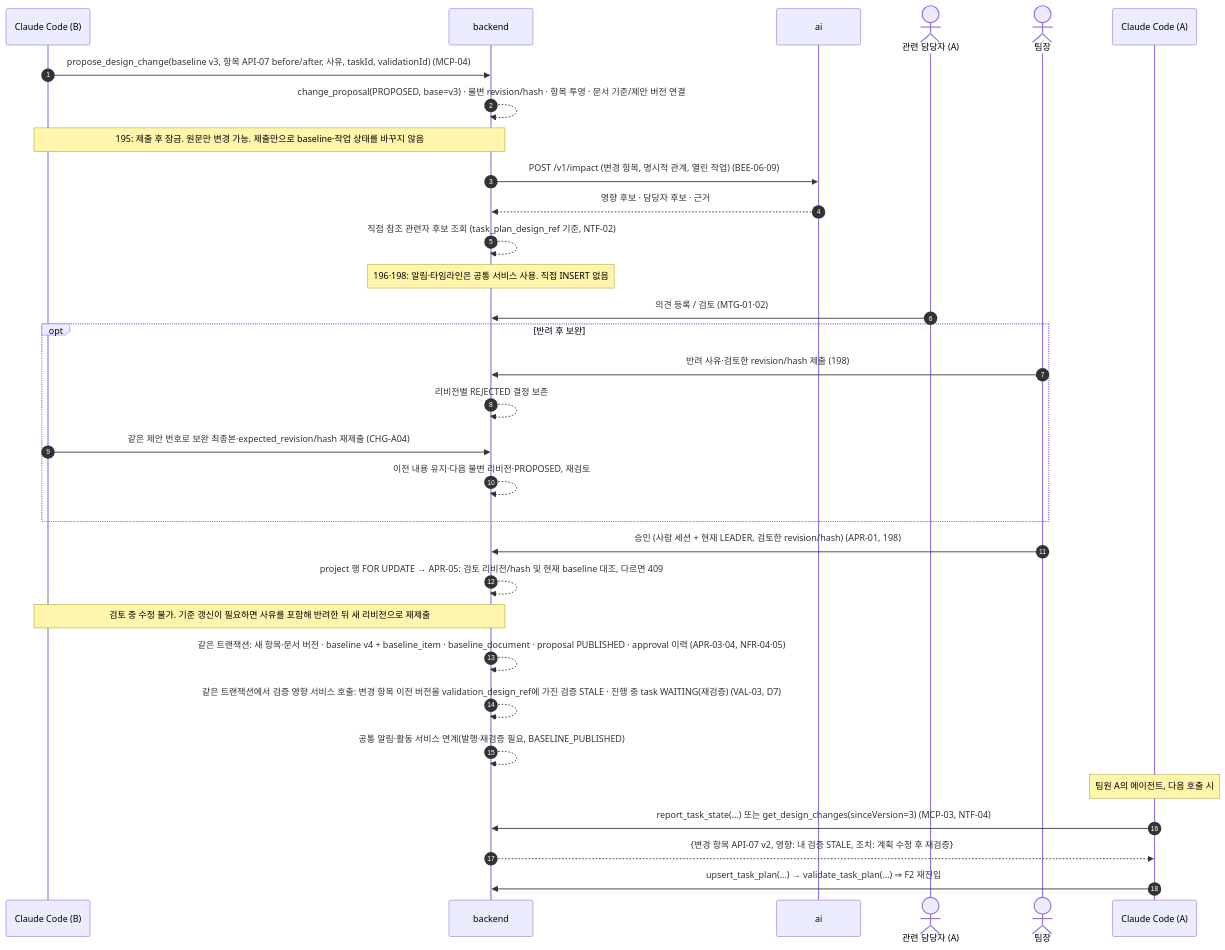
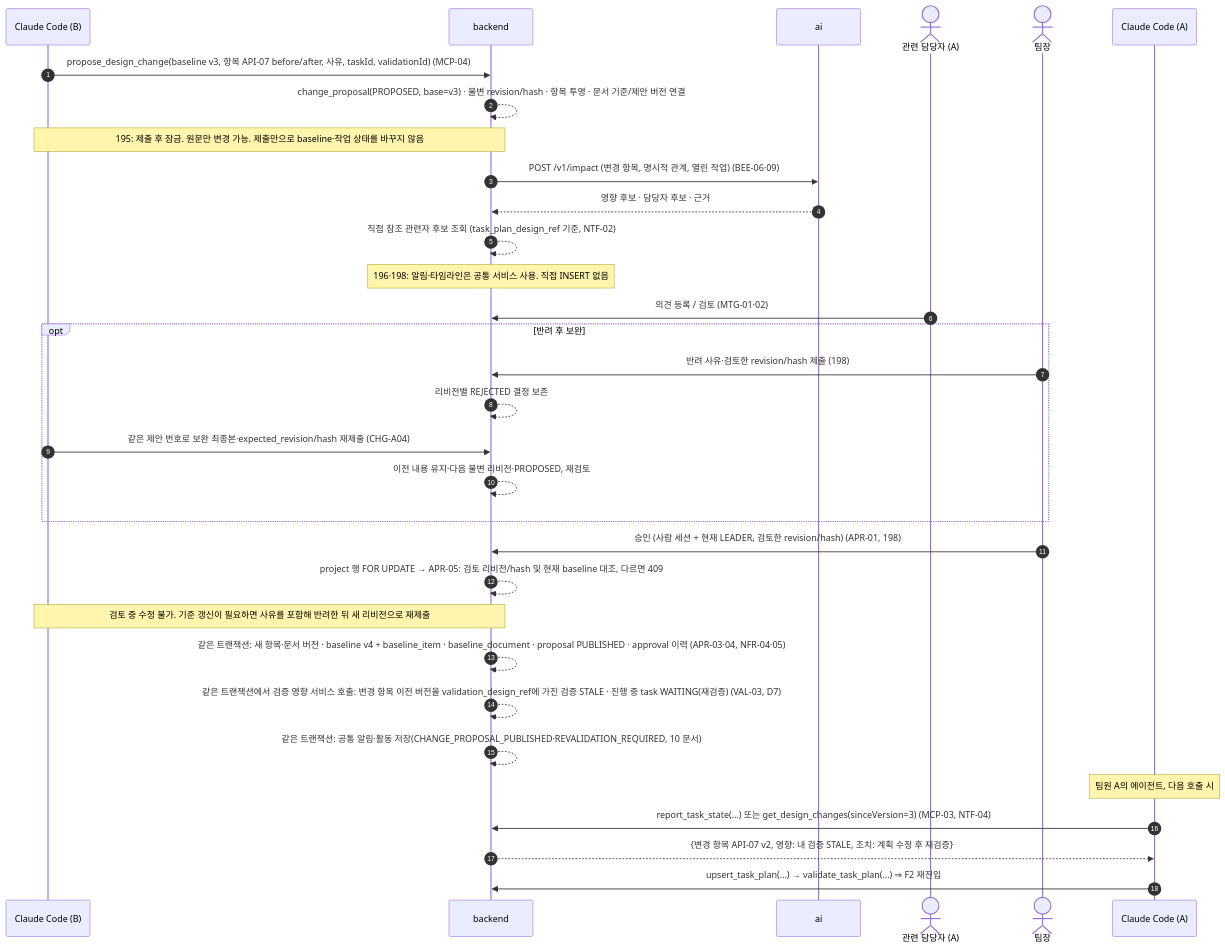
One commit to S15A108/BEEZ changed the third of 4 diagrams in docs/design/02-system-flow.md. Above: the diagram before and after it, drawn with Mermaid. The commit also changed 4 other files, not shown here.

````diff
--- a/docs/design/02-system-flow.md
+++ b/docs/design/02-system-flow.md
@@ -150,35 +150,35 @@
 ```mermaid
 sequenceDiagram
   autonumber
   participant CB as Claude Code (B)
   participant B as backend
   participant A as ai
   actor R as 관련 담당자 (A)
   actor L as 팀장
   participant CA as Claude Code (A)
 
   CB->>B: propose_design_change(baseline v3, 항목 API-07 before/after, 사유, taskId, validationId) (MCP-04)
   B-->>B: change_proposal(PROPOSED, base=v3) · 불변 revision/hash · 항목 투영 · 문서 기준/제안 버전 연결
   Note over CB,B: 195: 제출 후 잠금. 원문만 변경 가능. 제출만으로 baseline·작업 상태를 바꾸지 않음
   B->>A: POST /v1/impact (변경 항목, 명시적 관계, 열린 작업)  (BEE-06·09)
   A-->>B: 영향 후보 · 담당자 후보 · 근거
   B-->>B: 직접 참조 관련자 후보 조회 (task_plan_design_ref 기준, NTF-02)
   Note over B: 196·198: 알림·타임라인은 공통 서비스 사용. 직접 INSERT 없음
   R->>B: 의견 등록 / 검토 (MTG-01·02)
   opt 반려 후 보완
     L->>B: 반려 사유·검토한 revision/hash 제출 (198)
     B-->>B: 리비전별 REJECTED 결정 보존
     CB->>B: 같은 제안 번호로 보완 최종본·expected_revision/hash 재제출 (CHG-A04)
     B-->>B: 이전 내용 유지·다음 불변 리비전·PROPOSED, 재검토
   end
   L->>B: 승인 (사람 세션 + 현재 LEADER, 검토한 revision/hash) (APR-01, 198)
   B-->>B: project 행 FOR UPDATE → APR-05: 검토 리비전/hash 및 현재 baseline 대조, 다르면 409
   Note over CB,B: 검토 중 수정 불가. 기준 갱신이 필요하면 사유를 포함해 반려한 뒤 새 리비전으로 재제출
   B-->>B: 같은 트랜잭션: 새 항목·문서 버전 · baseline v4 + baseline_item · baseline_document · proposal PUBLISHED · approval 이력 (APR-03·04, NFR-04·05)
   B-->>B: 같은 트랜잭션에서 검증 영향 서비스 호출: 변경 항목 이전 버전을 validation_design_ref에 가진 검증 STALE · 진행 중 task WAITING(재검증) (VAL-03, D7)
-  B-->>B: 공통 알림·활동 서비스 연계(발행·재검증 필요, BASELINE_PUBLISHED)
+  B-->>B: 같은 트랜잭션: 공통 알림·활동 저장(CHANGE_PROPOSAL_PUBLISHED·REVALIDATION_REQUIRED, 10 문서)
   Note over CA: 팀원 A의 에이전트, 다음 호출 시
   CA->>B: report_task_state(…) 또는 get_design_changes(sinceVersion=3) (MCP-03, NTF-04)
   B-->>CA: {변경 항목 API-07 v2, 영향: 내 검증 STALE, 조치: 계획 수정 후 재검증}
   CA->>B: upsert_task_plan(…) → validate_task_plan(…)  ⇒ F2 재진입
 ```
````
